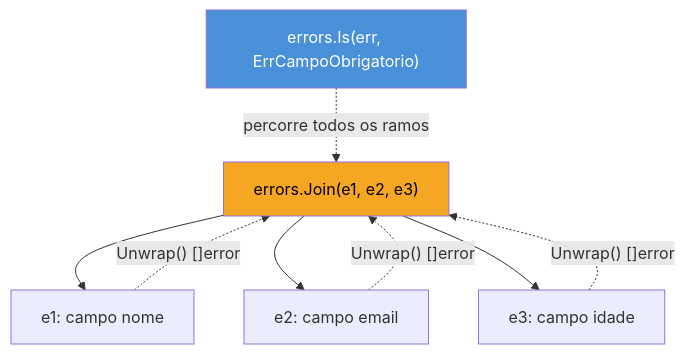
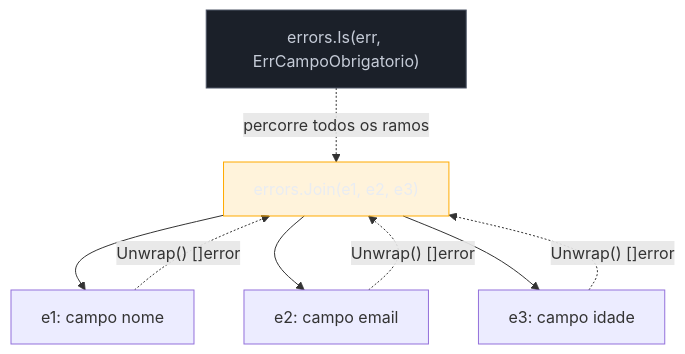
One commit to josenaldo/codex-technomanticus changed the second of 3 diagrams in 03-Dominios/Tecnologia/Go/04 - Erros como valor/08 - Padrões de erro em produção.md. Above: the diagram before and after it, drawn with Mermaid. The commit also changed other lines of this file and 1181 other files, not shown here.

First line of the commit message:
fix(diagramas): paleta do sistema no lugar de cor cravada no markdown

````diff
--- a/03-Dominios/Tecnologia/Go/04 - Erros como valor/08 - Padrões de erro em produção.md
+++ b/03-Dominios/Tecnologia/Go/04 - Erros como valor/08 - Padrões de erro em produção.md
@@ -124,15 +126,17 @@
 ```mermaid
 flowchart TB
+    classDef destaque fill:#FFAA0024,stroke:#FFAA00,color:#E9ECF2
+    classDef neutro fill:#1B2029,stroke:#4E5666,color:#C6CCD8
     J["errors.Join(e1, e2, e3)"]
     J --> E1["e1: campo nome"]
     J --> E2["e2: campo email"]
     J --> E3["e3: campo idade"]
     E1 -.->|"Unwrap() []error"| J
     E2 -.->|"Unwrap() []error"| J
     E3 -.->|"Unwrap() []error"| J
 
     Q["errors.Is(err, ErrCampoObrigatorio)"] -.->|"percorre todos os ramos"| J
 
-    style J fill:#F5A623,color:#000
-    style Q fill:#4A90D9,color:#fff
+    class J destaque
+    class Q neutro
 ```
````
